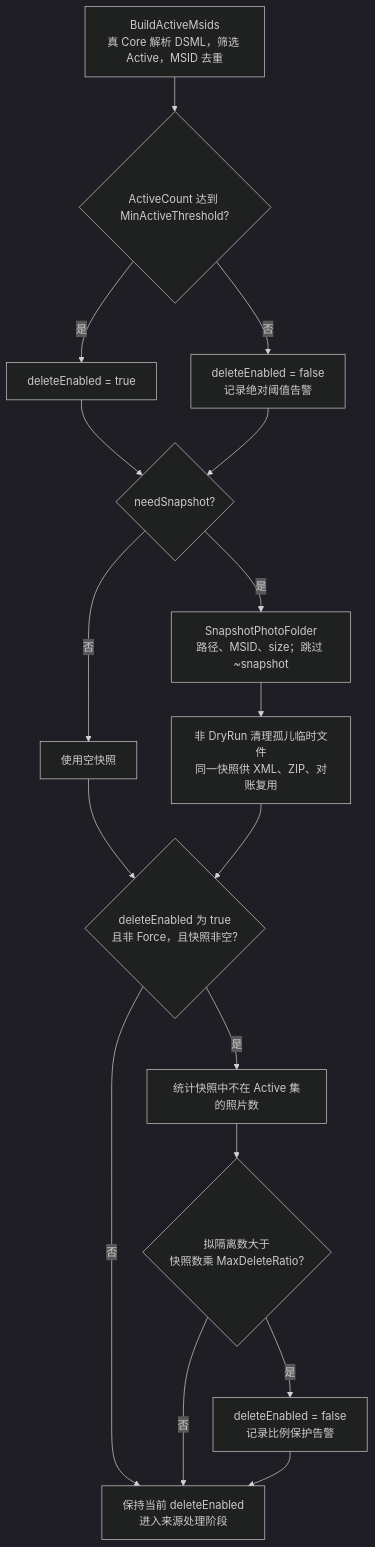
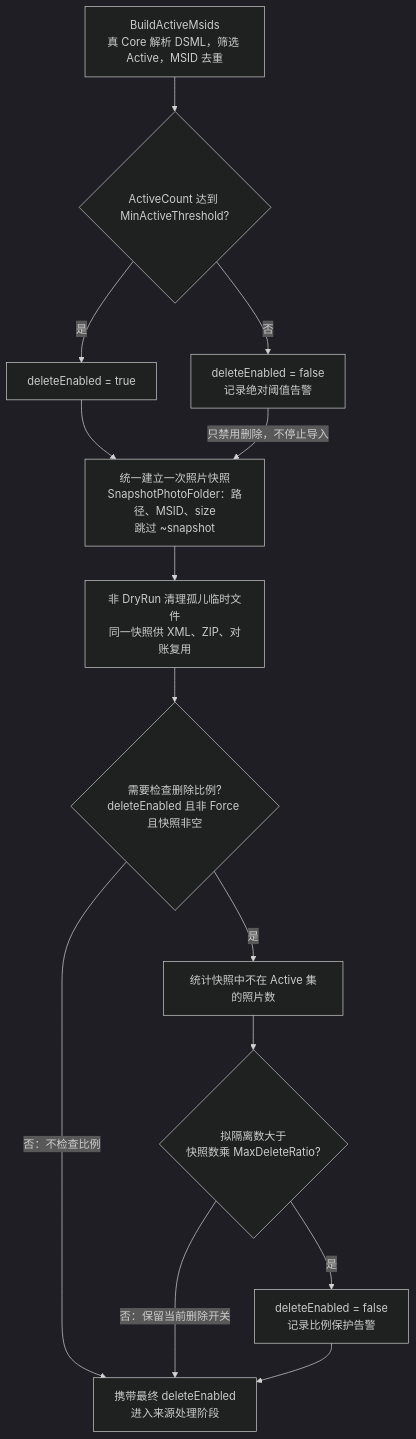
One commit to autotestpoc123/test123 changed the second of 6 diagrams in xml_import_photo.md. Above: the diagram before and after it, drawn with Mermaid (dark theme). The commit also changed other lines of this file and 9 other files, not shown here.

````diff
--- a/xml_import_photo.md
+++ b/xml_import_photo.md
@@ -163,19 +163,16 @@
 ```mermaid
 flowchart TD
     A["BuildActiveMsids<br/>真 Core 解析 DSML，筛选 Active，MSID 去重"] --> B{"ActiveCount 达到 MinActiveThreshold?"}
     B -- 是 --> C["deleteEnabled = true"]
     B -- 否 --> D["deleteEnabled = false<br/>记录绝对阈值告警"]
-    C --> E{"needSnapshot?"}
-    D --> E
-    E -- 否 --> F["使用空快照"]
-    E -- 是 --> G["SnapshotPhotoFolder<br/>路径、MSID、size；跳过 ~snapshot"]
+    C --> G["统一建立一次照片快照<br/>SnapshotPhotoFolder：路径、MSID、size<br/>跳过 ~snapshot"]
+    D -- "只禁用删除，不停止导入" --> G
     G --> H["非 DryRun 清理孤儿临时文件<br/>同一快照供 XML、ZIP、对账复用"]
-    F --> I{"deleteEnabled 为 true<br/>且非 Force，且快照非空?"}
-    H --> I
-    I -- 否 --> M["保持当前 deleteEnabled<br/>进入来源处理阶段"]
+    H --> I{"需要检查删除比例?<br/>deleteEnabled 且非 Force 且快照非空"}
+    I -- "否：不检查比例" --> M["携带最终 deleteEnabled<br/>进入来源处理阶段"]
     I -- 是 --> J["统计快照中不在 Active 集的照片数"]
     J --> K{"拟隔离数大于<br/>快照数乘 MaxDeleteRatio?"}
-    K -- 否 --> M
+    K -- "否：保留当前删除开关" --> M
     K -- 是 --> L["deleteEnabled = false<br/>记录比例保护告警"]
     L --> M
 ```
````
